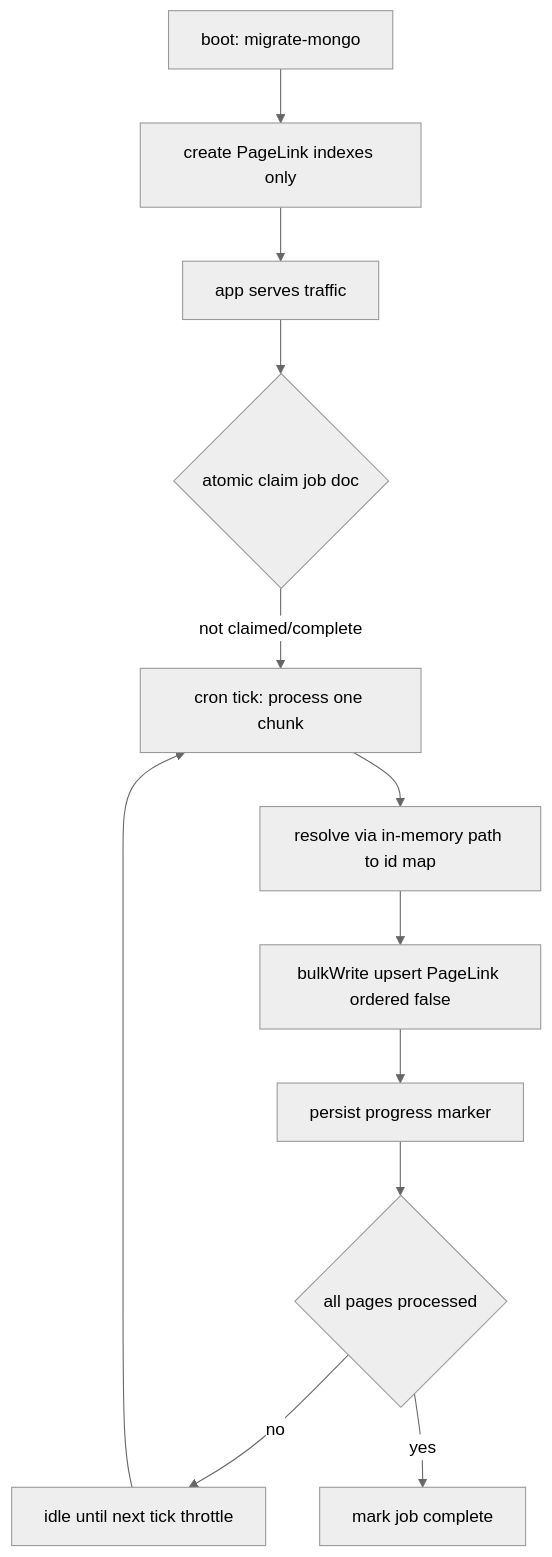
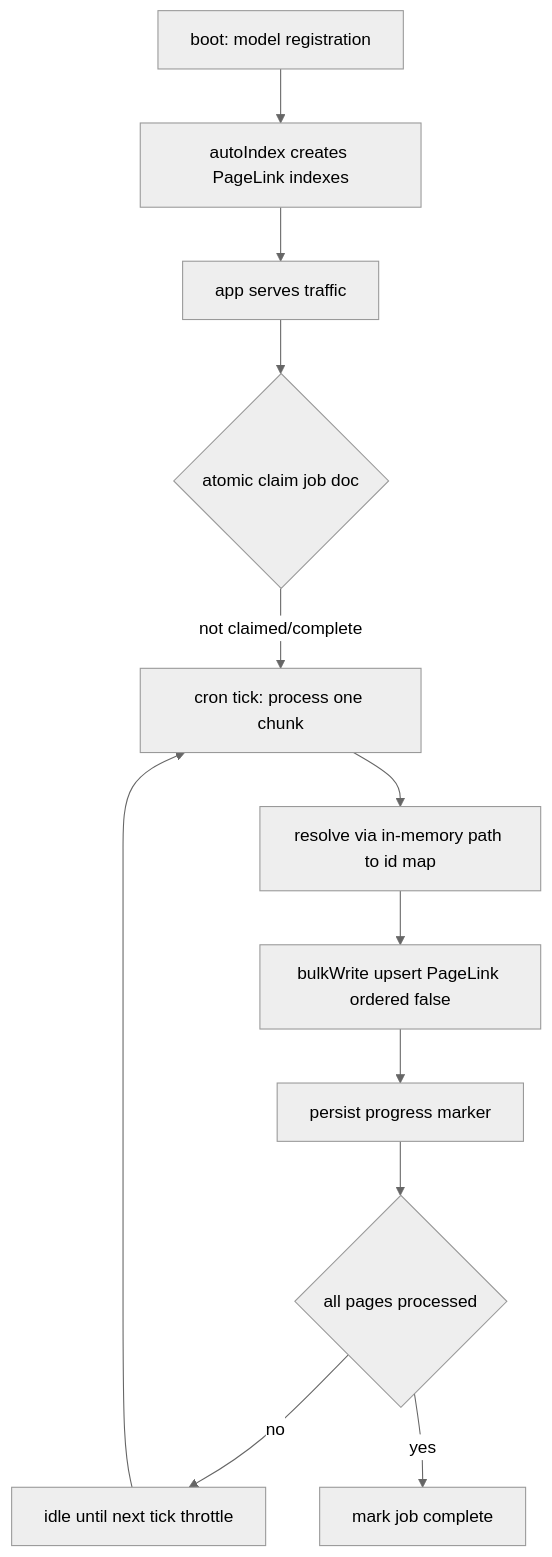
Before and after one commit to growilabs/growi: the fifth of 5 diagrams in .kiro/specs/backlinks/design.md, drawn with Mermaid (neutral theme). The commit also changed other lines of this file and 1 other file, not shown here.

Commit message:
Remove index migration from spec

````diff
--- a/.kiro/specs/backlinks/design.md
+++ b/.kiro/specs/backlinks/design.md
@@ -676,14 +670,14 @@
 ```mermaid
 graph TB
-    Boot[boot: migrate-mongo] --> Idx[create PageLink indexes only]
+    Boot[boot: model registration] --> Idx[autoIndex creates PageLink indexes]
     Idx --> Serve[app serves traffic]
     Serve --> Claim{atomic claim job doc}
     Claim -- not claimed/complete --> Tick[cron tick: process one chunk]
     Tick --> Map[resolve via in-memory path to id map]
     Map --> Bulk[bulkWrite upsert PageLink ordered false]
     Bulk --> Save[persist progress marker]
     Save --> Done{all pages processed}
     Done -- no --> Idle[idle until next tick throttle]
     Idle --> Tick
     Done -- yes --> Mark[mark job complete]
 ```
````
